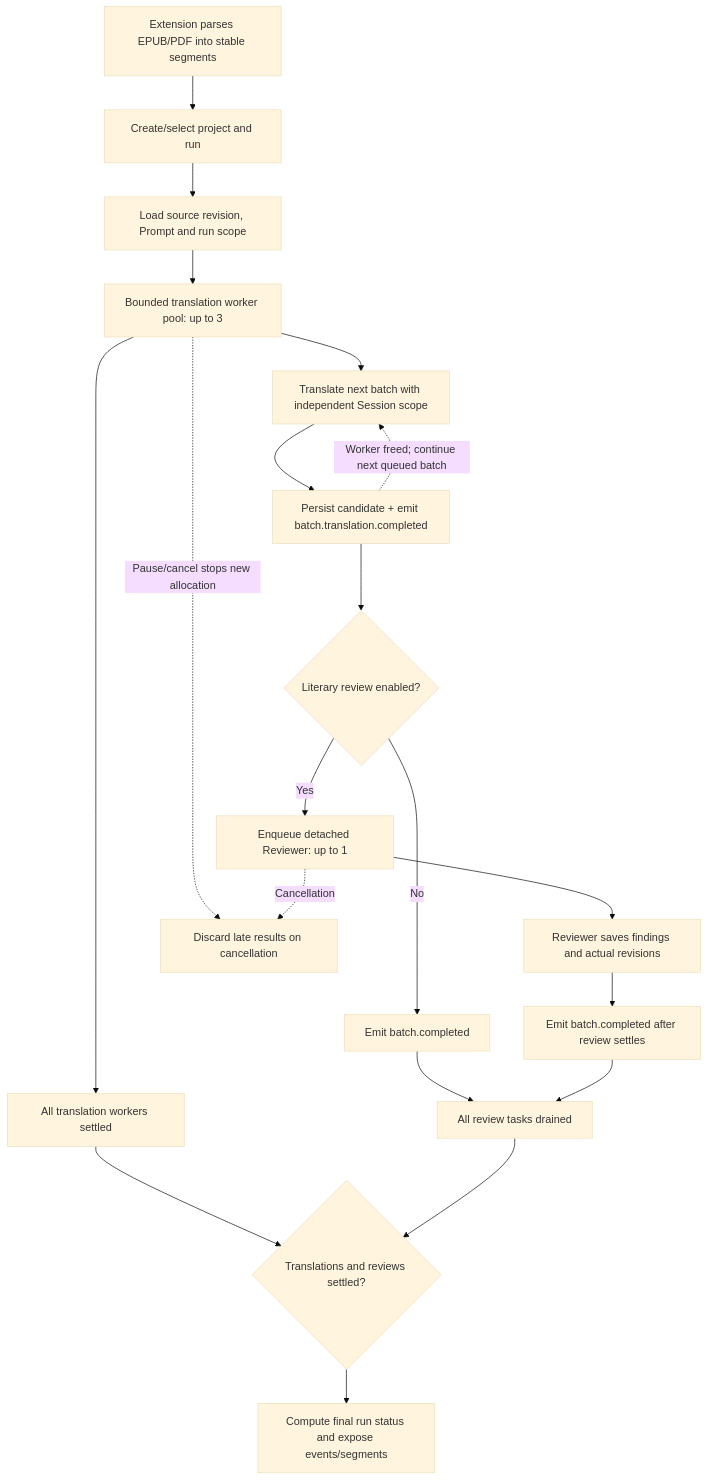
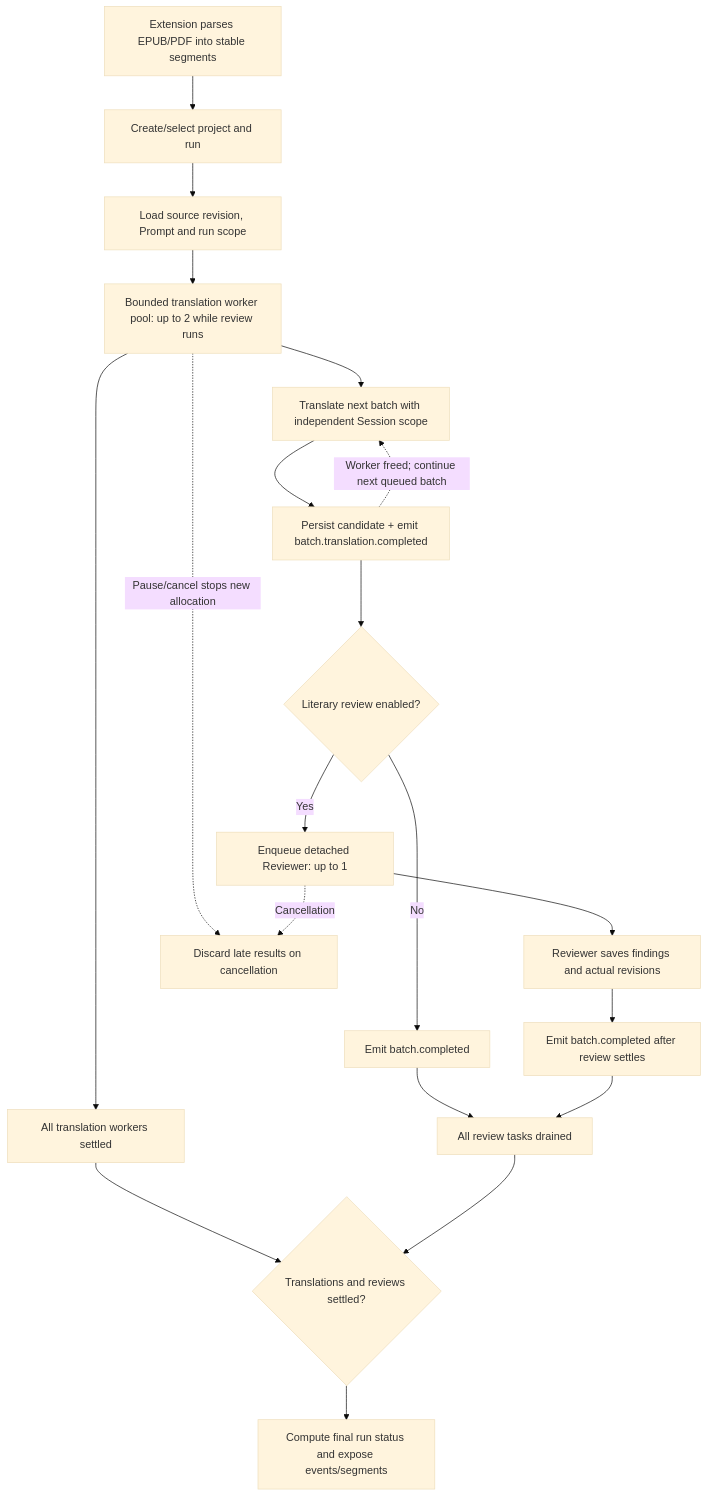
The fourth of 4 diagrams in README.md (devweekly/vocal-saga), drawn with Mermaid (base theme) before and after one commit.

Commit message:
Document pool-aligned translation and review concurrency

````diff
--- a/README.md
+++ b/README.md
@@ -121,22 +121,22 @@
 ```mermaid
 flowchart TD
     A[Extension parses EPUB/PDF into stable segments] --> B[Create/select project and run]
     B --> C[Load source revision, Prompt and run scope]
-    C --> D[Bounded translation worker pool: up to 3]
+    C --> D[Bounded translation worker pool: up to 2 while review runs]
     D --> E[Translate next batch with independent Session scope]
     E --> F[Persist candidate + emit batch.translation.completed]
     F --> G{Literary review enabled?}
     G -- No --> H[Emit batch.completed]
     G -- Yes --> I[Enqueue detached Reviewer: up to 1]
     I --> J[Reviewer saves findings and actual revisions]
     J --> K[Emit batch.completed after review settles]
     F -. Worker freed; continue next queued batch .-> E
     D --> L[All translation workers settled]
     H --> M[All review tasks drained]
     K --> M
     L --> N{Translations and reviews settled?}
     M --> N
     N --> O[Compute final run status and expose events/segments]
     D -. Pause/cancel stops new allocation .-> P[Discard late results on cancellation]
     I -. Cancellation .-> P
 ```
````
